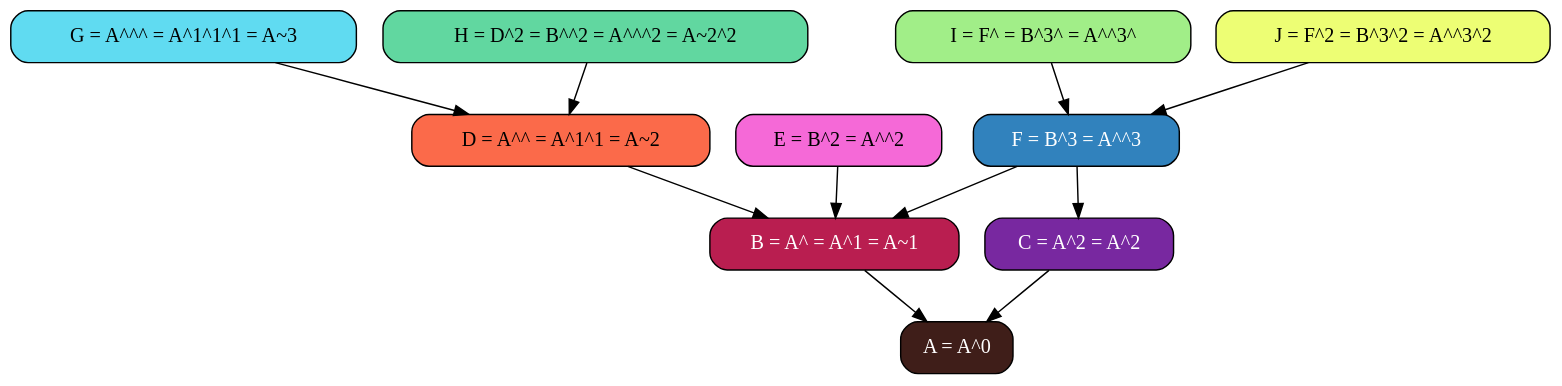
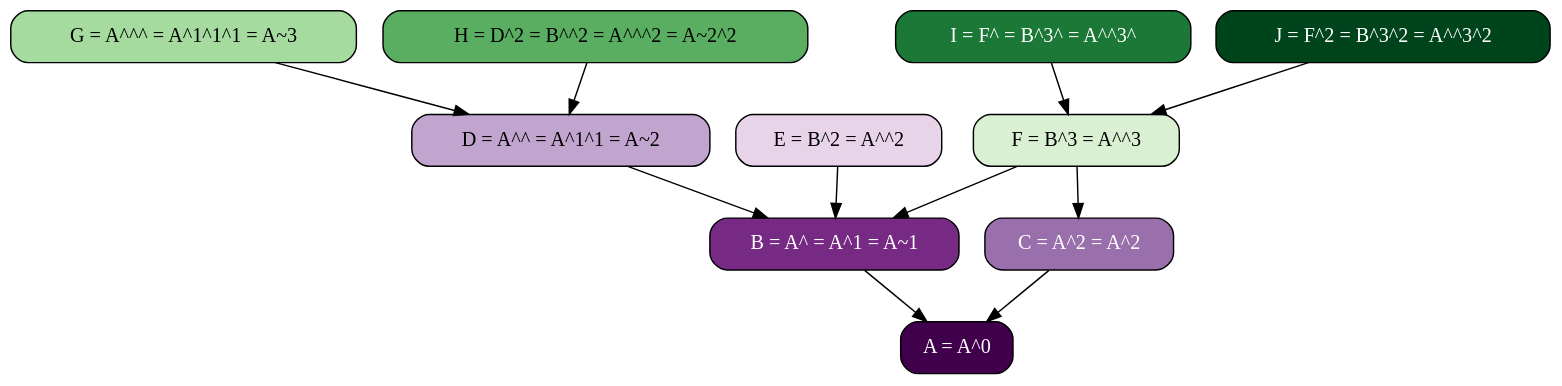
Before and after one commit to nirname/git-report: the third of 3 diagrams in index.md, drawn with Graphviz. The commit also changed other lines of this file and 6 other files, not shown here.

````diff
--- a/index.md
+++ b/index.md
@@ -124,24 +143,24 @@
 ```graphviz
 digraph revisions {
   bgcolor="transparent"
   node [shape="box" fillcolor="#92B6E6" style="rounded,filled"]
   { G, H } -> D
   { I, J } -> F
   { D, E, F } -> B
   F -> C
   { B, C } -> A
 
-  A, B, C, F[fontcolor="white"]
+  A, B, C, I, J[fontcolor="white"]
 
-  A[fillcolor="#3F1E19" label="A = A^0"]
-  B[fillcolor="#B91E50" label="B = A^ = A^1 = A~1"]
-  C[fillcolor="#7828A0" label="C = A^2 = A^2"]
-  D[fillcolor="#FB6A4A" label="D = A^^ = A^1^1 = A~2"]
-  E[fillcolor="#F569D7" label="E = B^2 = A^^2"]
-  F[fillcolor="#3182BD" label="F = B^3 = A^^3"]
-  G[fillcolor="#60DBF1" label="G = A^^^ = A^1^1^1 = A~3"]
-  H[fillcolor="#61D7A0" label="H = D^2 = B^^2 = A^^^2 = A~2^2"]
-  I[fillcolor="#A1EE88" label="I = F^ = B^3^ = A^^3^"]
-  J[fillcolor="#EDFE74" label="J = F^2 = B^3^2 = A^^3^2"]
+  A[fillcolor="#40004b" label="A = A^0"]
+  B[fillcolor="#762a83" label="B = A^ = A^1 = A~1"]
+  C[fillcolor="#9970ab" label="C = A^2 = A^2"]
+  D[fillcolor="#c2a5cf" label="D = A^^ = A^1^1 = A~2"]
+  E[fillcolor="#e7d4e8" label="E = B^2 = A^^2"]
+  F[fillcolor="#d9f0d3" label="F = B^3 = A^^3"]
+  G[fillcolor="#a6dba0" label="G = A^^^ = A^1^1^1 = A~3"]
+  H[fillcolor="#5aae61" label="H = D^2 = B^^2 = A^^^2 = A~2^2"]
+  I[fillcolor="#1b7837" label="I = F^ = B^3^ = A^^3^"]
+  J[fillcolor="#00441b" label="J = F^2 = B^3^2 = A^^3^2"]
 }
 ```
````
